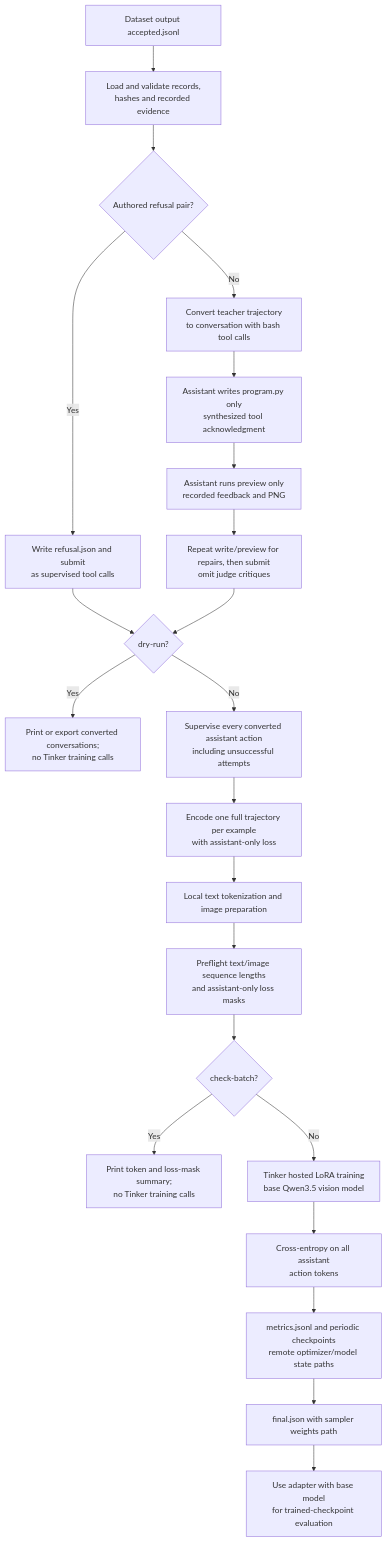
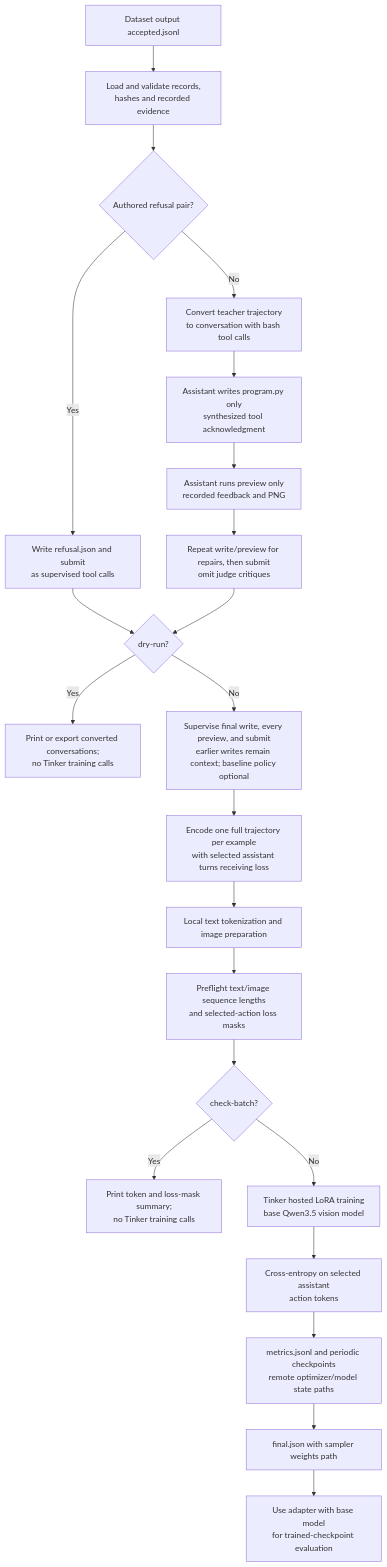
Before and after one commit to RashikShahjahan/artsy-fartsy: the fourth of 5 diagrams in docs/pipeline-diagrams.md, drawn with Mermaid. The commit also changed 13 other files, not shown here.

````diff
--- a/docs/pipeline-diagrams.md
+++ b/docs/pipeline-diagrams.md
@@ -115,24 +115,24 @@
 ```mermaid
 flowchart TD
     A[Dataset output accepted.jsonl] --> B[Load and validate records,<br/>hashes and recorded evidence]
     B --> P{Authored refusal pair?}
     P -- Yes --> X[Write refusal.json and submit<br/>as supervised tool calls]
     X --> Q
     P -- No --> C[Convert teacher trajectory<br/>to conversation with bash tool calls]
     C --> W[Assistant writes program.py only<br/>synthesized tool acknowledgment]
     W --> V[Assistant runs preview only<br/>recorded feedback and PNG]
     V --> D[Repeat write/preview for repairs, then submit<br/>omit judge critiques]
     D --> Q{dry-run?}
     Q -- Yes --> J[Print or export converted conversations;<br/>no Tinker training calls]
-    Q -- No --> E[Supervise every converted assistant action<br/>including unsuccessful attempts]
-    E --> F[Encode one full trajectory per example<br/>with assistant-only loss]
+    Q -- No --> E[Supervise final write, every preview, and submit<br/>earlier writes remain context; baseline policy optional]
+    E --> F[Encode one full trajectory per example<br/>with selected assistant turns receiving loss]
     F --> G[Local text tokenization and image preparation]
-    G --> H[Preflight text/image sequence lengths<br/>and assistant-only loss masks]
+    G --> H[Preflight text/image sequence lengths<br/>and selected-action loss masks]
     H --> I{check-batch?}
     I -- Yes --> R[Print token and loss-mask summary;<br/>no Tinker training calls]
     I -- No --> K[Tinker hosted LoRA training<br/>base Qwen3.5 vision model]
-    K --> L[Cross-entropy on all assistant<br/>action tokens]
+    K --> L[Cross-entropy on selected assistant<br/>action tokens]
     L --> M[metrics.jsonl and periodic checkpoints<br/>remote optimizer/model state paths]
     M --> N[final.json with sampler weights path]
     N --> O[Use adapter with base model<br/>for trained-checkpoint evaluation]
 ```
````
